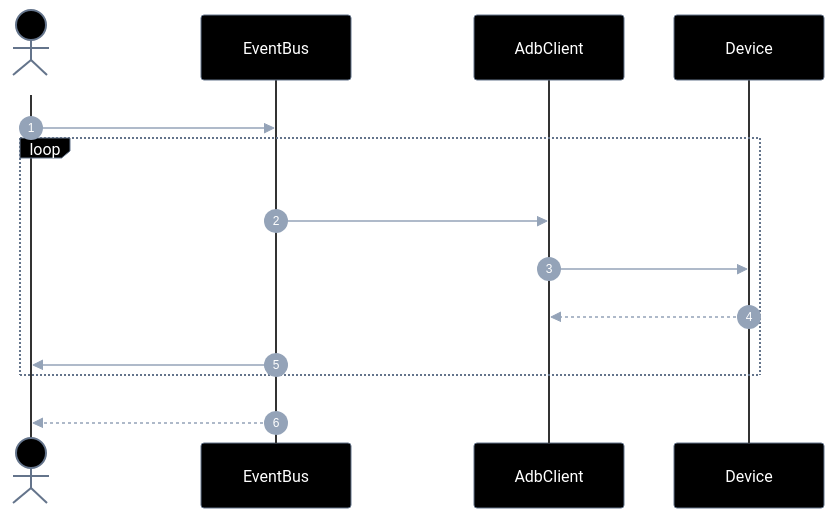
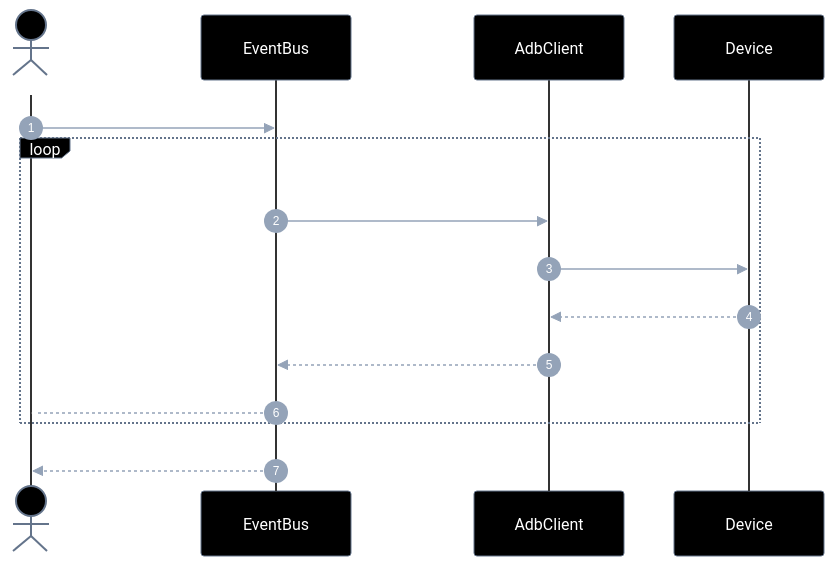
Before and after one commit to laerciogermano/workstation: the first of 5 diagrams in connectmax/screen-robot/epics/EP-02-eventos-de-ui/5.implementation-plan.md, drawn with Mermaid. The commit also changed other lines of this file and 5 other files, not shown here.

Commit message:
Completa retornos faltantes em todos os diagramas de sequência dos planos.

````diff
--- a/connectmax/screen-robot/epics/EP-02-eventos-de-ui/5.implementation-plan.md
+++ b/connectmax/screen-robot/epics/EP-02-eventos-de-ui/5.implementation-plan.md
@@ -42,58 +42,59 @@
 ```mermaid
 ---
 config:
   theme: base
   themeVariables:
     darkMode: true
     background: '#000000'
     primaryColor: '#000000'
     primaryTextColor: '#ffffff'
     primaryBorderColor: '#64748b'
     secondaryColor: '#000000'
     secondaryTextColor: '#ffffff'
     secondaryBorderColor: '#64748b'
     tertiaryColor: '#000000'
     tertiaryTextColor: '#ffffff'
     tertiaryBorderColor: '#64748b'
     lineColor: '#64748b'
     textColor: '#ffffff'
     mainBkg: '#000000'
     nodeBorder: '#64748b'
     clusterBkg: '#000000'
     clusterBorder: '#333333'
     titleColor: '#ffffff'
     edgeLabelBackground: '#000000'
     actorBkg: '#000000'
     actorBorder: '#64748b'
     actorTextColor: '#ffffff'
     actorLineColor: '#333333'
     signalColor: '#94a3b8'
     signalTextColor: '#ffffff'
     labelBoxBkgColor: '#000000'
     labelBoxBorderColor: '#64748b'
     labelTextColor: '#ffffff'
     loopTextColor: '#ffffff'
     noteBorderColor: '#64748b'
     noteBkgColor: '#111111'
     noteTextColor: '#ffffff'
     activationBorderColor: '#64748b'
     activationBkgColor: '#1a1a1a'
     sequenceNumberColor: '#ffffff'
     classText: '#ffffff'
 ---
 sequenceDiagram
   autonumber
   actor Dev as Caller
   participant E as EventBus
   participant A as AdbClient
   participant D as Device
 
   Dev->>E: waitForBoot(serial, opts)
   loop até boot=1 ou timeout
     E->>A: getprop sys.boot_completed
     A->>D: adb shell getprop
     D-->>A: "0"|"1"
-    E->>Dev: onEvent(type boot_poll)
+    A-->>E: prop
+    E--)Dev: onEvent(type boot_poll)
   end
   E-->>Dev: { boot: true }
 ```
````
